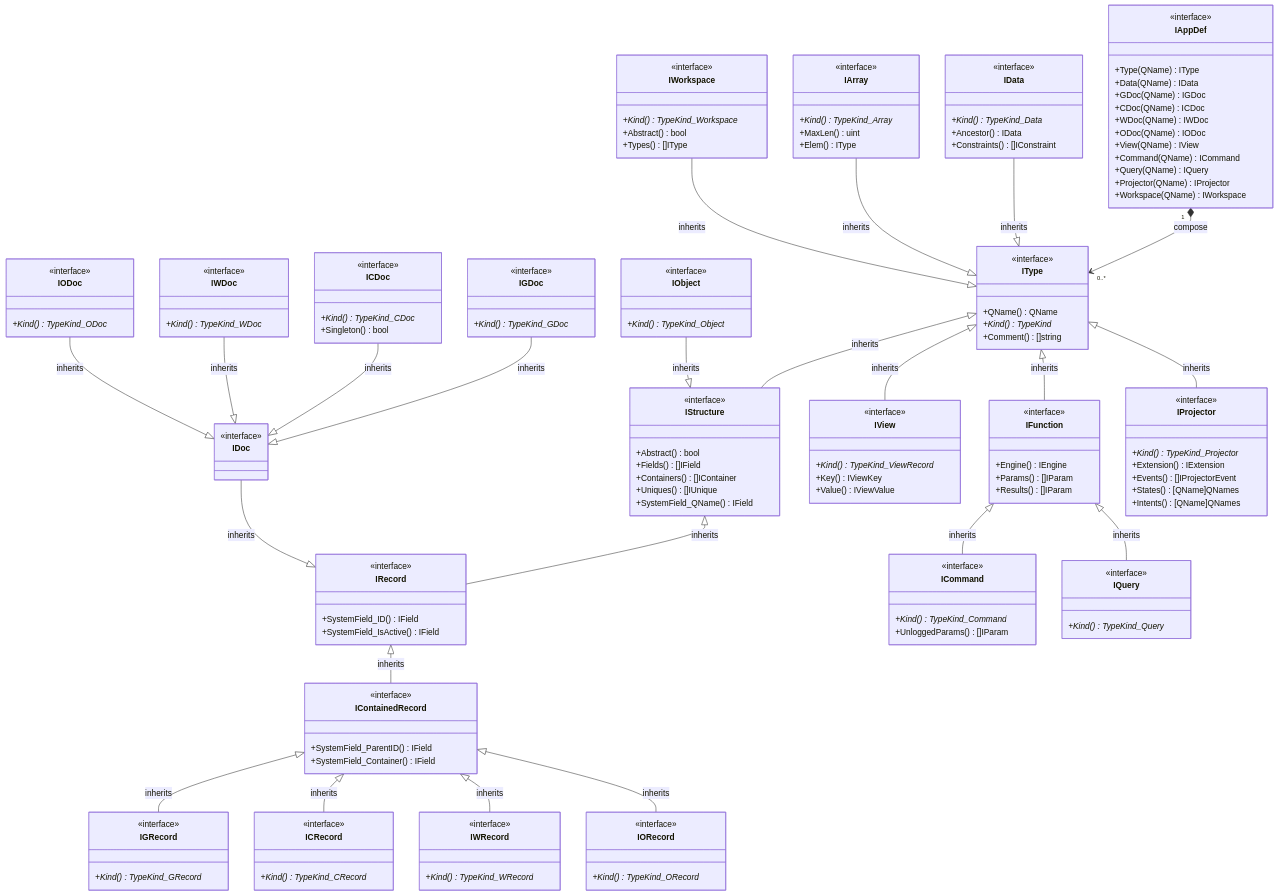
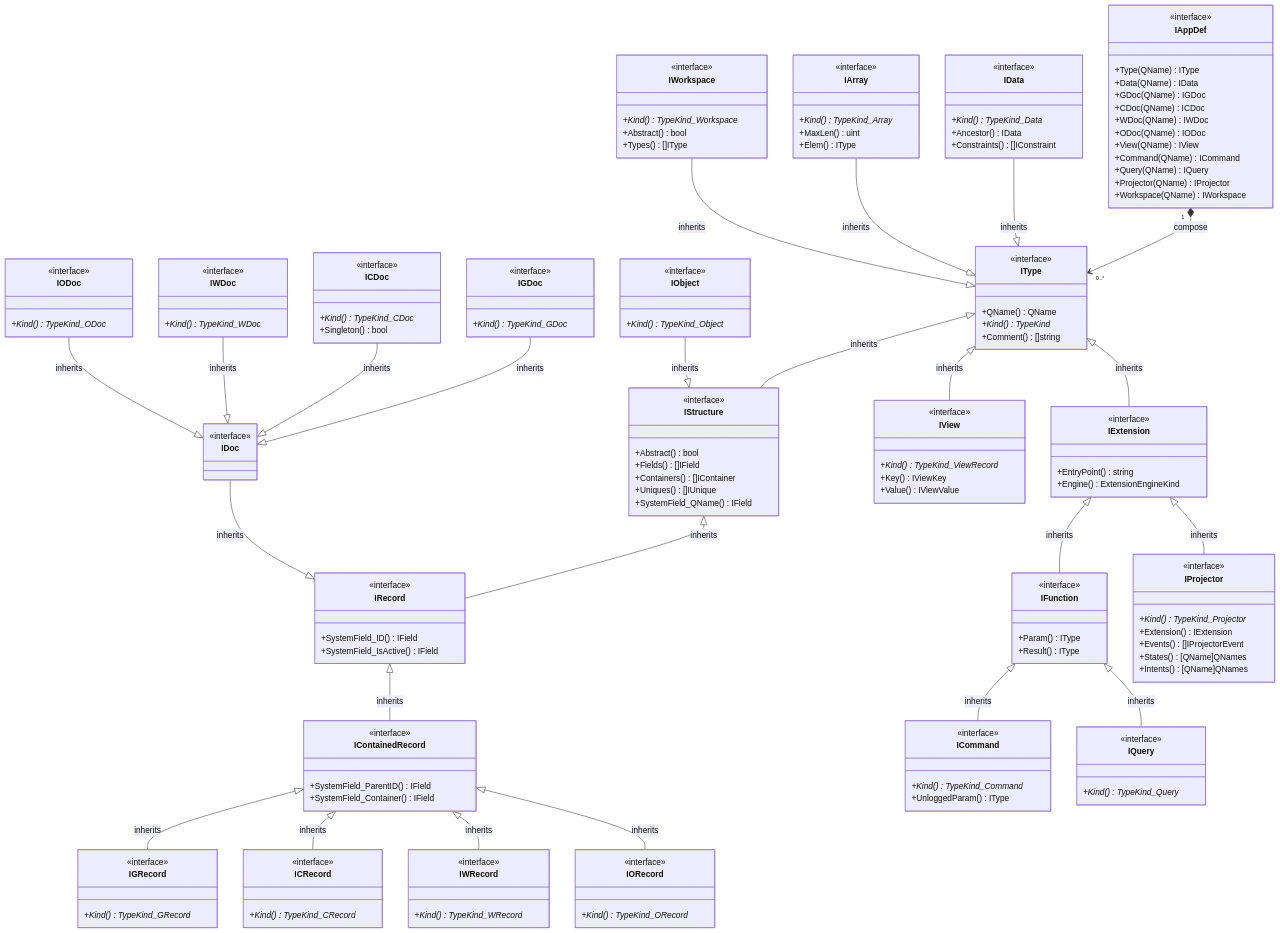
Before and after one commit to voedger/voedger: the first of 7 diagrams in pkg/appdef/README.md, drawn with Mermaid. The commit also changed other lines of this file, not shown here.

```diff
--- a/pkg/appdef/README.md
+++ b/pkg/appdef/README.md
@@ -139,19 +139,25 @@
         +Value() IViewValue
     }
             
-    IType <|-- IFunction : inherits
+    IType <|-- IExtension : inherits
+    class IExtension {
+        <<interface>>
+        +EntryPoint() string
+        +Engine() ExtensionEngineKind
+    }
+
+    IExtension <|-- IFunction : inherits
     class IFunction {
         <<interface>>
-        +Engine() IEngine
-        +Params() []IParam
-        +Results() []IParam
+        +Param() IType
+        +Result() IType
     }
 
     IFunction <|-- ICommand : inherits
     class ICommand {
         <<interface>>
         +Kind()* TypeKind_Command
-        +UnloggedParams() []IParam
+        +UnloggedParam() IType
     }
 
     IFunction <|-- IQuery : inherits
@@ -160,7 +166,7 @@
         +Kind()* TypeKind_Query
     }
 
-    IType <|-- IProjector : inherits
+    IExtension <|-- IProjector : inherits
     class IProjector {
         <<interface>>
         +Kind()* TypeKind_Projector
@@ -170,7 +176,6 @@
         +Intents() [QName]QNames
     }
 
-
     IWorkspace --|> IType : inherits
     class IWorkspace {
         <<interface>>
```
